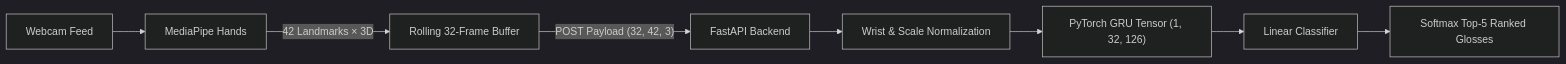
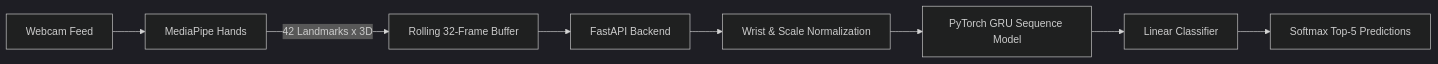
The diagram in README.md (swastikparmar987/signbridge), drawn with Mermaid (dark theme) before and after one commit. The commit also changed other lines of this file, not shown here.

````diff
--- a/README.md
+++ b/README.md
@@ -117,10 +74,10 @@
 ```mermaid
 flowchart LR
     A["Webcam Feed"] --> B["MediaPipe Hands"]
-    B -->|"42 Landmarks × 3D"| C["Rolling 32-Frame Buffer"]
-    C -->|"POST Payload (32, 42, 3)"| D["FastAPI Backend"]
+    B -->|"42 Landmarks x 3D"| C["Rolling 32-Frame Buffer"]
+    C --> D["FastAPI Backend"]
     D --> E["Wrist & Scale Normalization"]
-    E --> F["PyTorch GRU Tensor (1, 32, 126)"]
+    E --> F["PyTorch GRU Sequence Model"]
     F --> G["Linear Classifier"]
-    G --> H["Softmax Top-5 Ranked Glosses"]
+    G --> H["Softmax Top-5 Predictions"]
 ```
````
